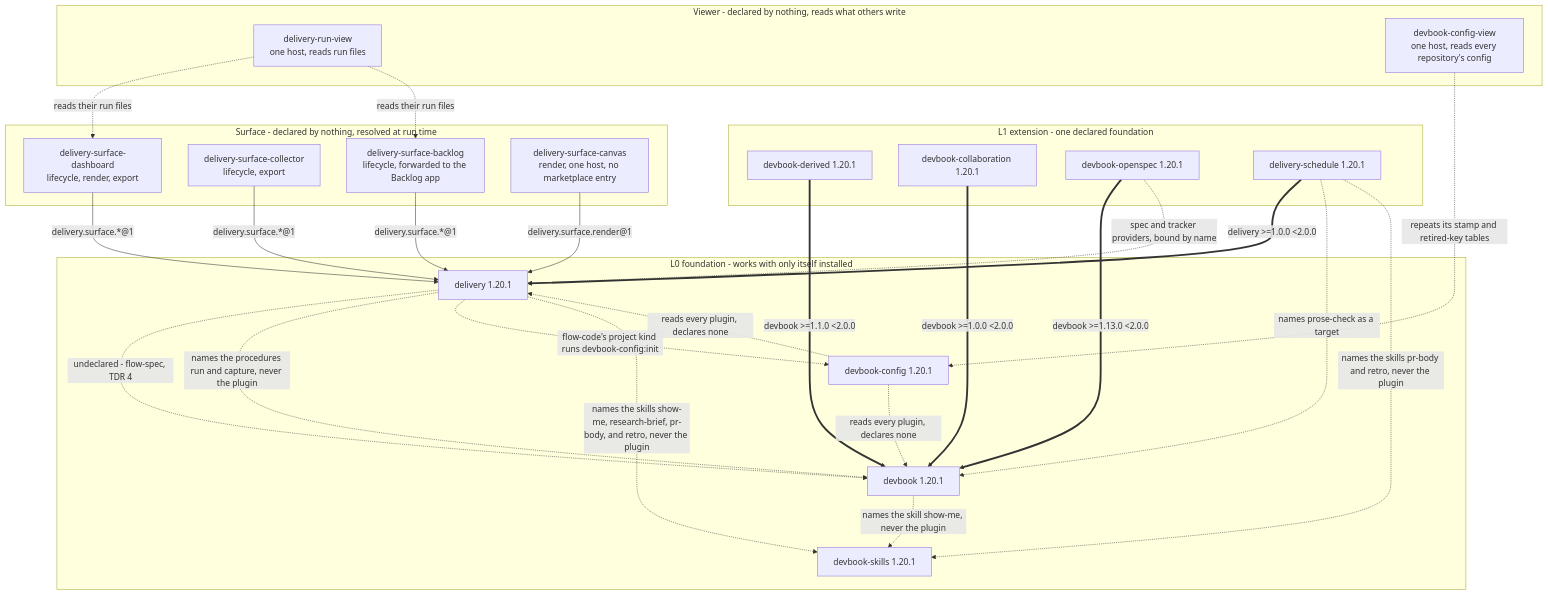
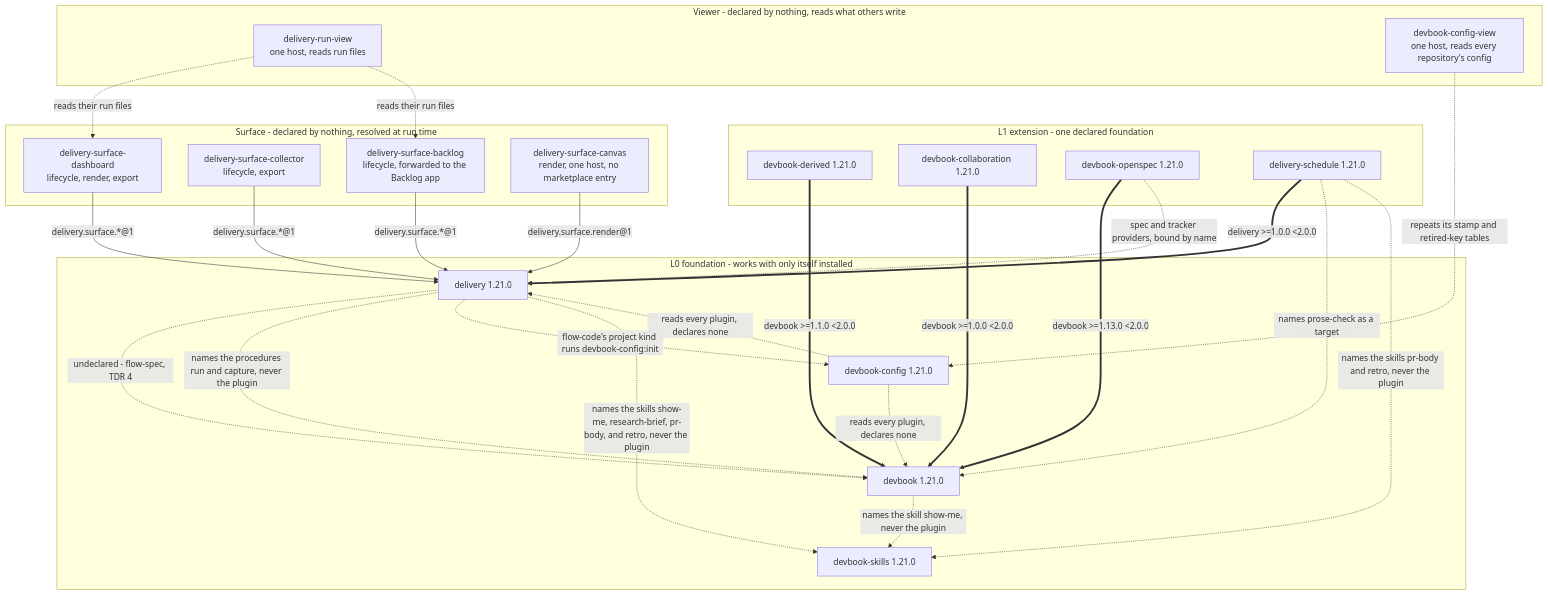
The first of 3 diagrams in .devbook/arc42/05-building-block-view.md (JSdotNet/ai-agent-stack), drawn with Mermaid before and after one commit. The commit also changed 27 other files, not shown here.

````diff
--- a/.devbook/arc42/05-building-block-view.md
+++ b/.devbook/arc42/05-building-block-view.md
@@ -29,52 +29,52 @@
 ```mermaid
 flowchart TB
     subgraph L0["L0 foundation - works with only itself installed"]
-        DEV["devbook 1.20.1"]
-        DEL["delivery 1.20.1"]
-        CFG["devbook-config 1.20.1"]
-        SKL["devbook-skills 1.20.1"]
+        DEV["devbook 1.21.0"]
+        DEL["delivery 1.21.0"]
+        CFG["devbook-config 1.21.0"]
+        SKL["devbook-skills 1.21.0"]
     end
 
     subgraph L1["L1 extension - one declared foundation"]
-        DBD["devbook-derived 1.20.1"]
-        DBC["devbook-collaboration 1.20.1"]
-        DOS["devbook-openspec 1.20.1"]
-        SCH["delivery-schedule 1.20.1"]
+        DBD["devbook-derived 1.21.0"]
+        DBC["devbook-collaboration 1.21.0"]
+        DOS["devbook-openspec 1.21.0"]
+        SCH["delivery-schedule 1.21.0"]
     end
 
     subgraph SURF["Surface - declared by nothing, resolved at run time"]
         SD["delivery-surface-dashboard<br/>lifecycle, render, export"]
         SL["delivery-surface-collector<br/>lifecycle, export"]
         SB["delivery-surface-backlog<br/>lifecycle, forwarded to the Backlog app"]
         SC["delivery-surface-canvas<br/>render, one host, no marketplace entry"]
     end
 
     subgraph VIEW["Viewer - declared by nothing, reads what others write"]
         RV["delivery-run-view<br/>one host, reads run files"]
         CV["devbook-config-view<br/>one host, reads every repository's config"]
     end
 
     DBD ==>|"devbook >=1.1.0 &lt;2.0.0"| DEV
     DBC ==>|"devbook >=1.0.0 &lt;2.0.0"| DEV
     DOS ==>|"devbook >=1.13.0 &lt;2.0.0"| DEV
     SCH ==>|"delivery >=1.0.0 &lt;2.0.0"| DEL
 
     SD -->|"delivery.surface.*@1"| DEL
     SL -->|"delivery.surface.*@1"| DEL
     SB -->|"delivery.surface.*@1"| DEL
     SC -->|"delivery.surface.render@1"| DEL
     RV -.->|"reads their run files"| SD
     RV -.->|"reads their run files"| SB
     CV -.->|"repeats its stamp and retired-key tables"| CFG
 
     SCH -.->|"names prose-check as a target"| DEV
     DEL -.->|"undeclared - flow-spec, TDR 4"| DEV
     DEL -.->|"names the procedures run and capture, never the plugin"| DEV
     CFG -.->|"reads every plugin, declares none"| DEV
     CFG -.->|"reads every plugin, declares none"| DEL
     DEL -.->|"flow-code's project kind runs devbook-config:init"| CFG
     DOS -.->|"spec and tracker providers, bound by name"| DEL
     DEV -.->|"names the skill show-me, never the plugin"| SKL
     DEL -.->|"names the skills show-me, research-brief, pr-body, and retro, never the plugin"| SKL
     SCH -.->|"names the skills pr-body and retro, never the plugin"| SKL
 ```
````
